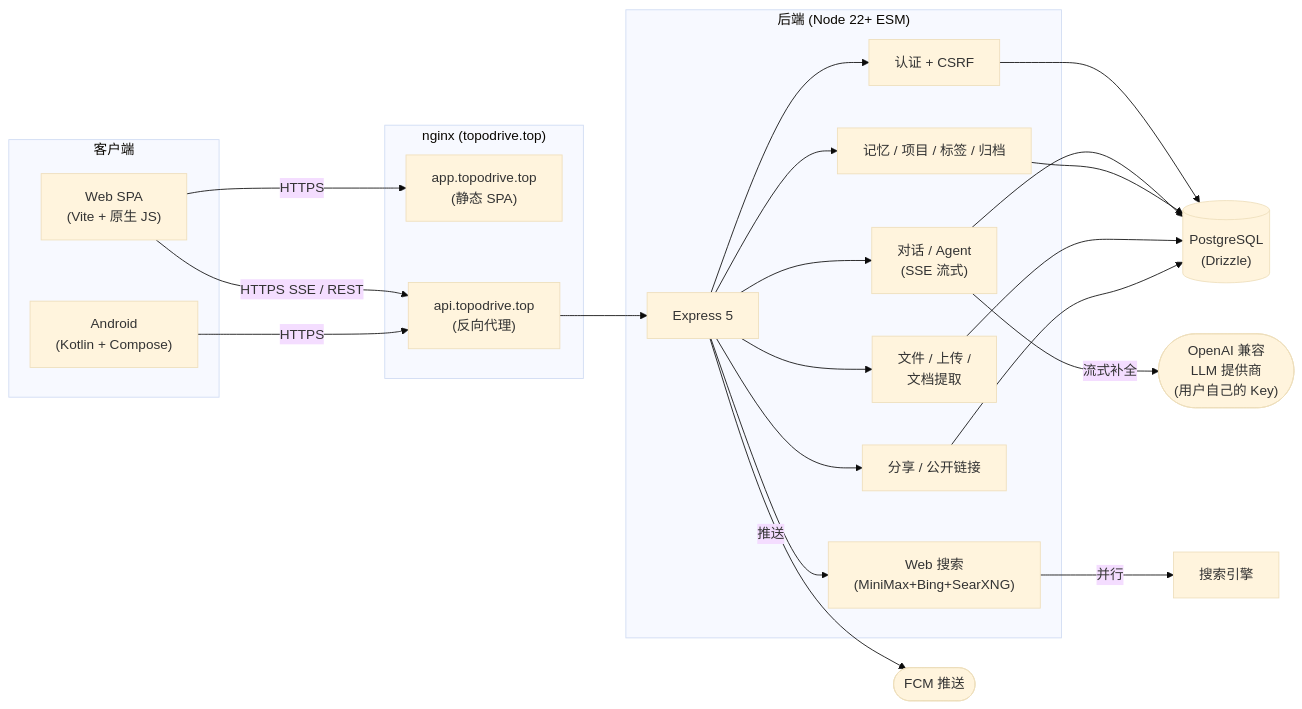
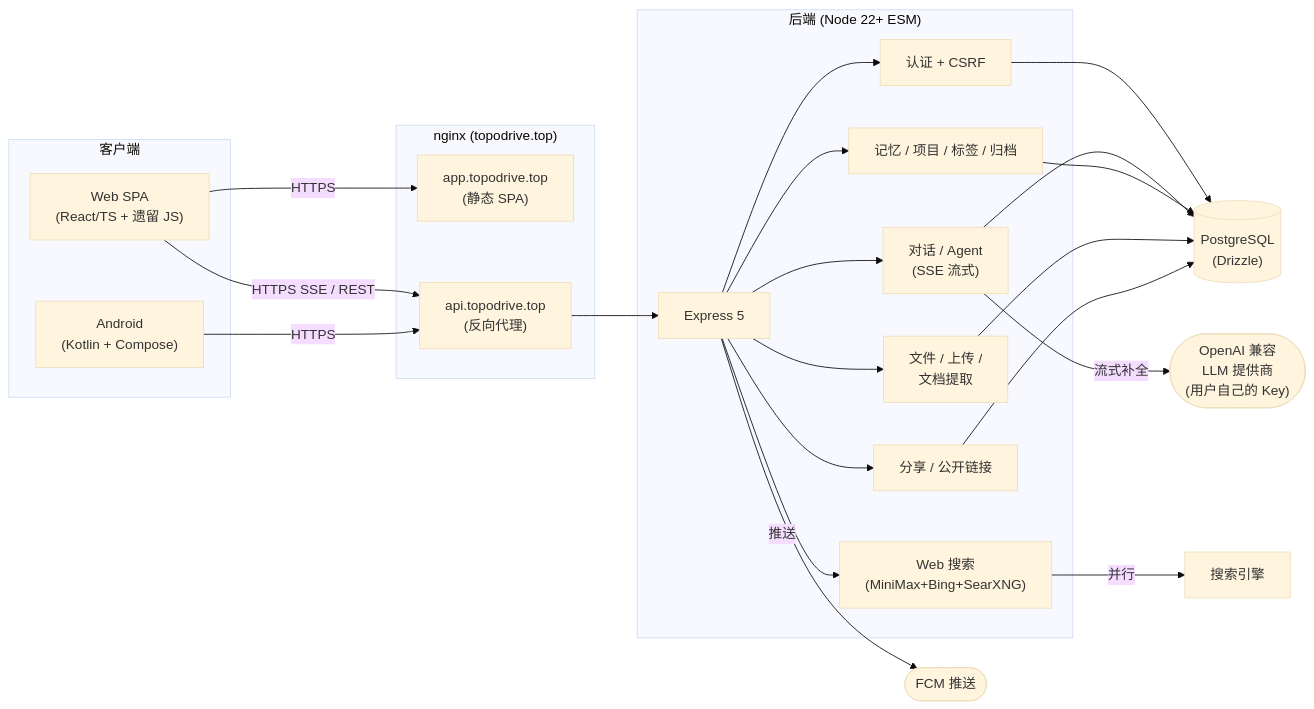
One commit to kevenhu001-cyber/Socrates changed the first of 2 diagrams in README.zh.md. Above: the diagram before and after it, drawn with Mermaid (base theme). The commit also changed other lines of this file and 2 other files, not shown here.

First line of the commit message:
docs: rewrite READMEs to reflect React/TS always-on migration state

````diff
--- a/README.zh.md
+++ b/README.zh.md
@@ -138,45 +138,45 @@
 ```mermaid
 flowchart LR
   subgraph Client["客户端"]
-    SPA["Web SPA<br/>(Vite + 原生 JS)"]
+    SPA["Web SPA<br/>(React/TS + 遗留 JS)"]
     APK["Android<br/>(Kotlin + Compose)"]
   end
 
   subgraph Edge["nginx (topodrive.top)"]
     APP["app.topodrive.top<br/>(静态 SPA)"]
     API["api.topodrive.top<br/>(反向代理)"]
   end
 
   subgraph Server["后端 (Node 22+ ESM)"]
     EX["Express 5"]
     AUTH["认证 + CSRF"]
     CHAT["对话 / Agent<br/>(SSE 流式)"]
     MEM["记忆 / 项目 / 标签 / 归档"]
     FILES["文件 / 上传 /<br/>文档提取"]
     WEB["Web 搜索<br/>(MiniMax+Bing+SearXNG)"]
     SHARE["分享 / 公开链接"]
   end
 
   DB[("PostgreSQL<br/>(Drizzle)")]
   LLM(["OpenAI 兼容<br/>LLM 提供商<br/>(用户自己的 Key)"])
   FCM(["FCM 推送"])
 
   SPA -->|HTTPS| APP
   SPA -->|HTTPS SSE / REST| API
   APK -->|HTTPS| API
   API --> EX
   EX --> AUTH
   EX --> CHAT
   EX --> MEM
   EX --> FILES
   EX --> WEB
   EX --> SHARE
   AUTH --> DB
   CHAT --> DB
   CHAT -->|流式补全| LLM
   MEM --> DB
   FILES --> DB
   WEB -->|并行| SE["搜索引擎"]
   SHARE --> DB
   EX -->|推送| FCM
 ```
````
